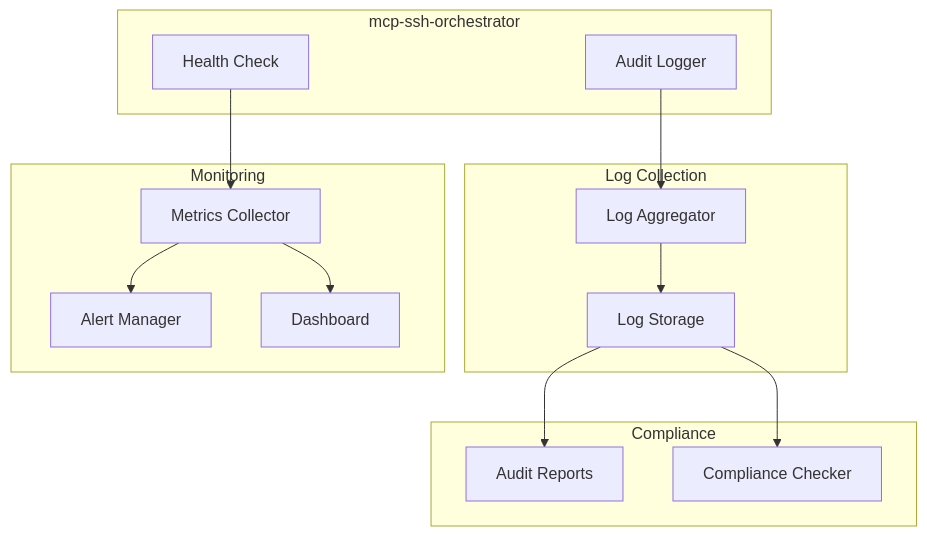
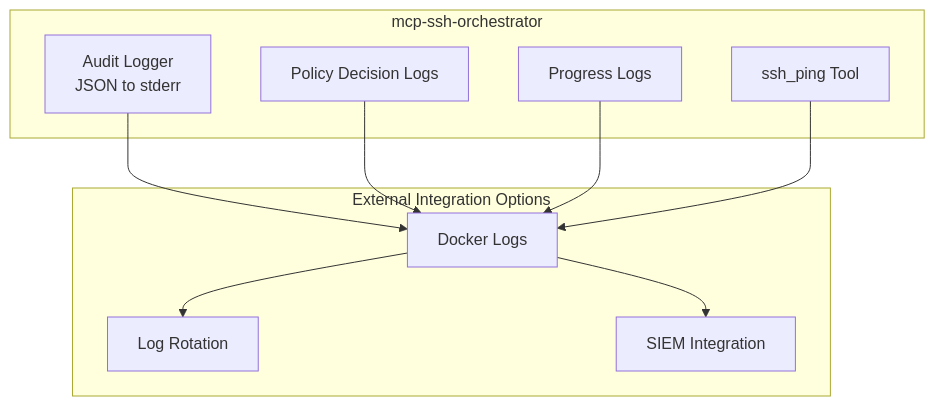
Before and after one commit to CodeBotD/mcp-ssh-orchestrator-test: the ninth of 11 diagrams in docs/wiki/04-Architecture.md, drawn with Mermaid. The commit also changed other lines of this file, not shown here.

Commit message:
Fix Architecture.md to accurately reflect actual capabilities

````diff
--- a/docs/wiki/04-Architecture.md
+++ b/docs/wiki/04-Architecture.md
@@ -410,33 +412,23 @@
 ```mermaid
 graph TB
     subgraph "mcp-ssh-orchestrator"
-        AUDIT_LOG[Audit Logger]
-        HEALTH_CHECK[Health Check]
+        AUDIT_LOG[Audit Logger<br/>JSON to stderr]
+        POLICY_LOG[Policy Decision Logs]
+        PROGRESS_LOG[Progress Logs]
+        SSH_PING[ssh_ping Tool]
     end
     
-    subgraph "Log Collection"
-        LOG_AGGREGATOR[Log Aggregator]
-        LOG_STORAGE[Log Storage]
+    subgraph "External Integration Options"
+        DOCKER_LOGS[Docker Logs]
+        LOG_ROTATION[Log Rotation]
+        SIEM[SIEM Integration]
     end
     
-    subgraph "Monitoring"
-        METRICS_COLLECTOR[Metrics Collector]
-        ALERT_MANAGER[Alert Manager]
-        DASHBOARD[Dashboard]
-    end
+    AUDIT_LOG --> DOCKER_LOGS
+    POLICY_LOG --> DOCKER_LOGS
+    PROGRESS_LOG --> DOCKER_LOGS
+    SSH_PING --> DOCKER_LOGS
     
-    subgraph "Compliance"
-        AUDIT_REPORTS[Audit Reports]
-        COMPLIANCE_CHECK[Compliance Checker]
-    end
-    
-    AUDIT_LOG --> LOG_AGGREGATOR
-    HEALTH_CHECK --> METRICS_COLLECTOR
-    
-    LOG_AGGREGATOR --> LOG_STORAGE
-    METRICS_COLLECTOR --> ALERT_MANAGER
-    METRICS_COLLECTOR --> DASHBOARD
-    
-    LOG_STORAGE --> AUDIT_REPORTS
-    LOG_STORAGE --> COMPLIANCE_CHECK
+    DOCKER_LOGS --> LOG_ROTATION
+    DOCKER_LOGS --> SIEM
 ```
````
